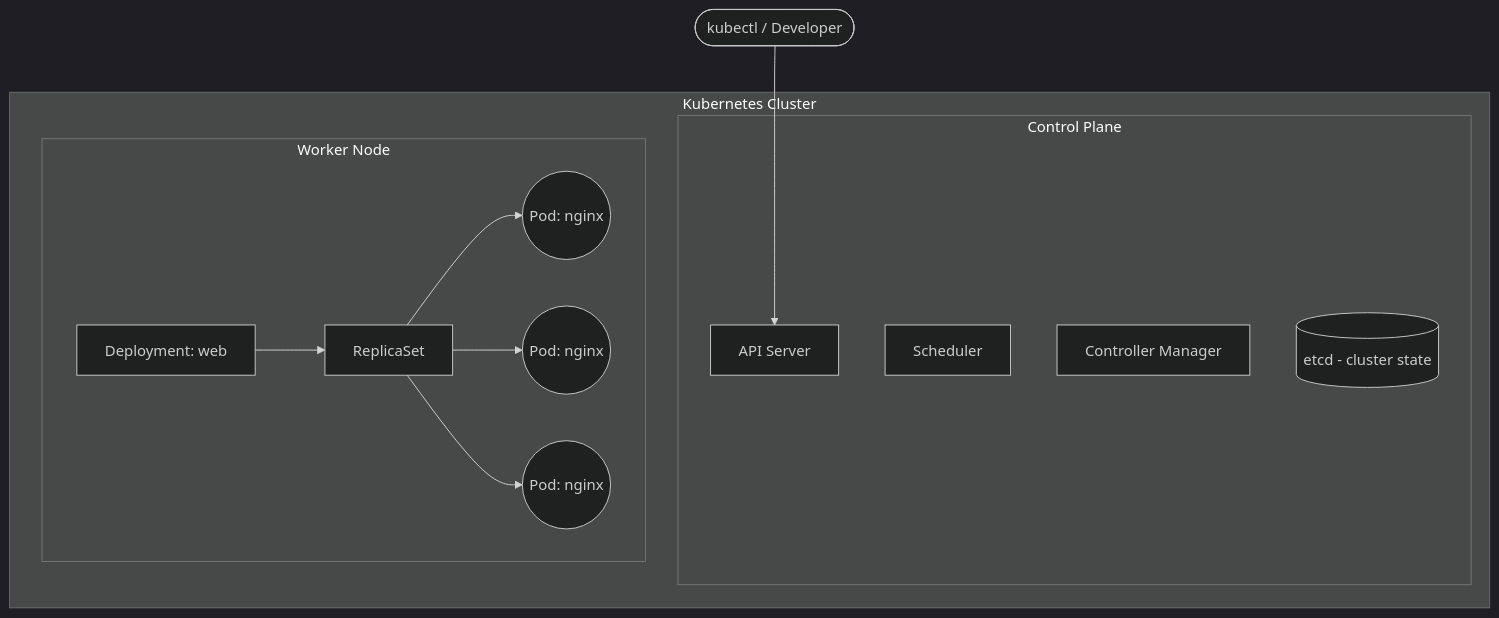
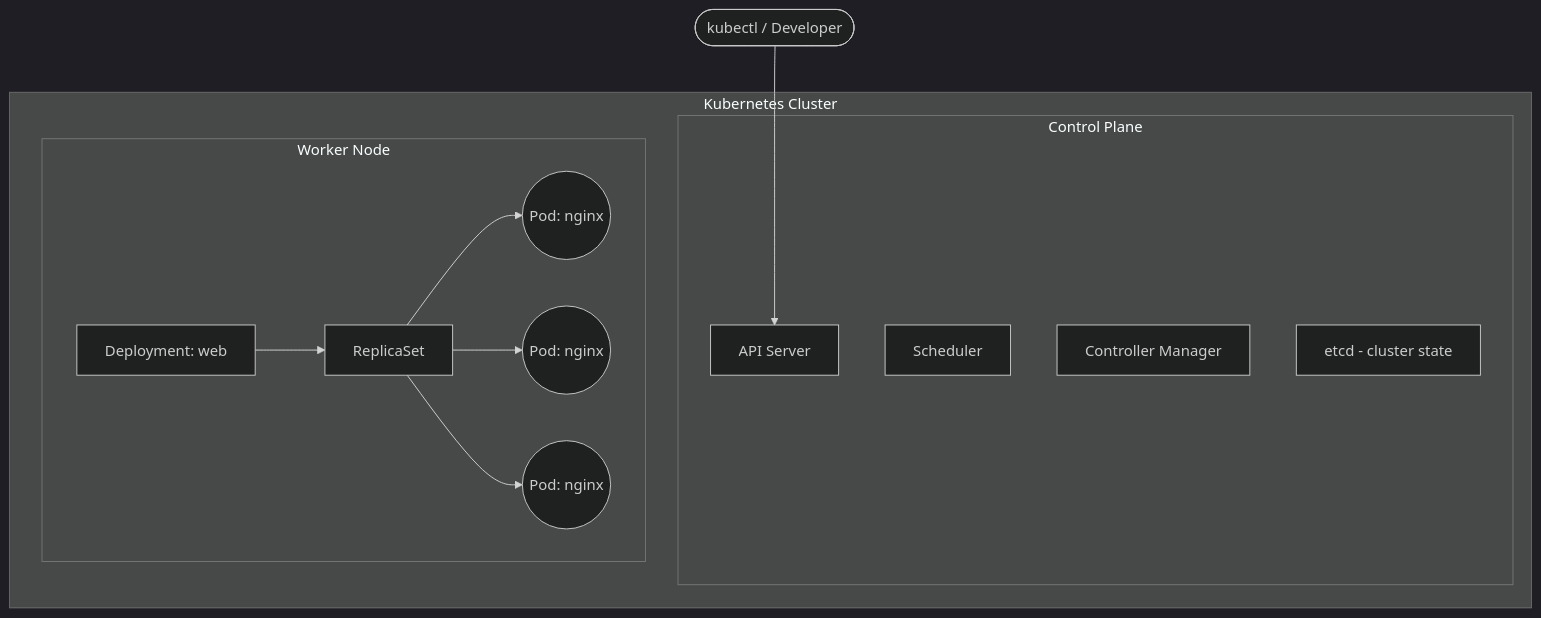
Before and after one commit to prashantchauhan-12/Tech-Learning-Notes: the tenth of 17 diagrams in devops/DevOps_Masterclass_README.md, drawn with Mermaid (dark theme). The commit also changed other lines of this file, not shown here.

Commit message:
Update Kubernetes section with detailed tools, kubectl setup, and self-healing demo

````diff
--- a/devops/DevOps_Masterclass_README.md
+++ b/devops/DevOps_Masterclass_README.md
@@ -1392,18 +1483,18 @@
 ```mermaid
 flowchart TB
     subgraph Cluster["Kubernetes Cluster"]
         subgraph ControlPlane["Control Plane"]
             API[API Server]
             Sched[Scheduler]
             CM[Controller Manager]
-            ETCD[(etcd - cluster state)]
+            ETCD["etcd - cluster state"]
         end
         subgraph Node1["Worker Node"]
             Deploy[Deployment: web] --> RS[ReplicaSet]
             RS --> Pod1((Pod: nginx))
             RS --> Pod2((Pod: nginx))
             RS --> Pod3((Pod: nginx))
         end
     end
-    Dev([kubectl / Developer]) --> API
+    Dev(["kubectl / Developer"]) --> API
 ```
````
